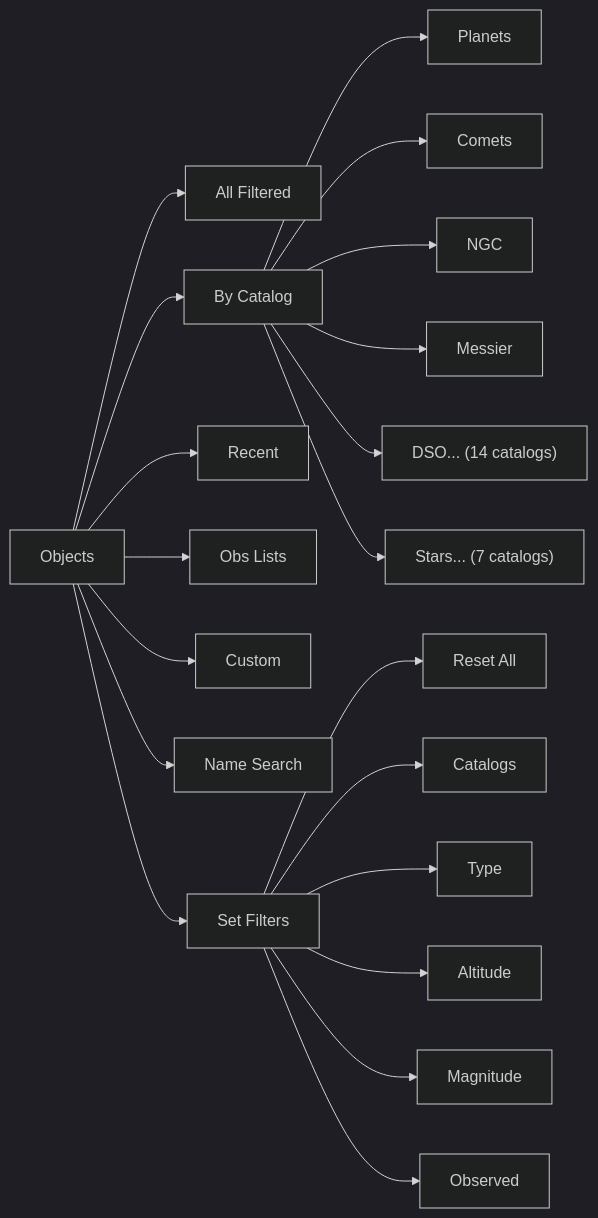
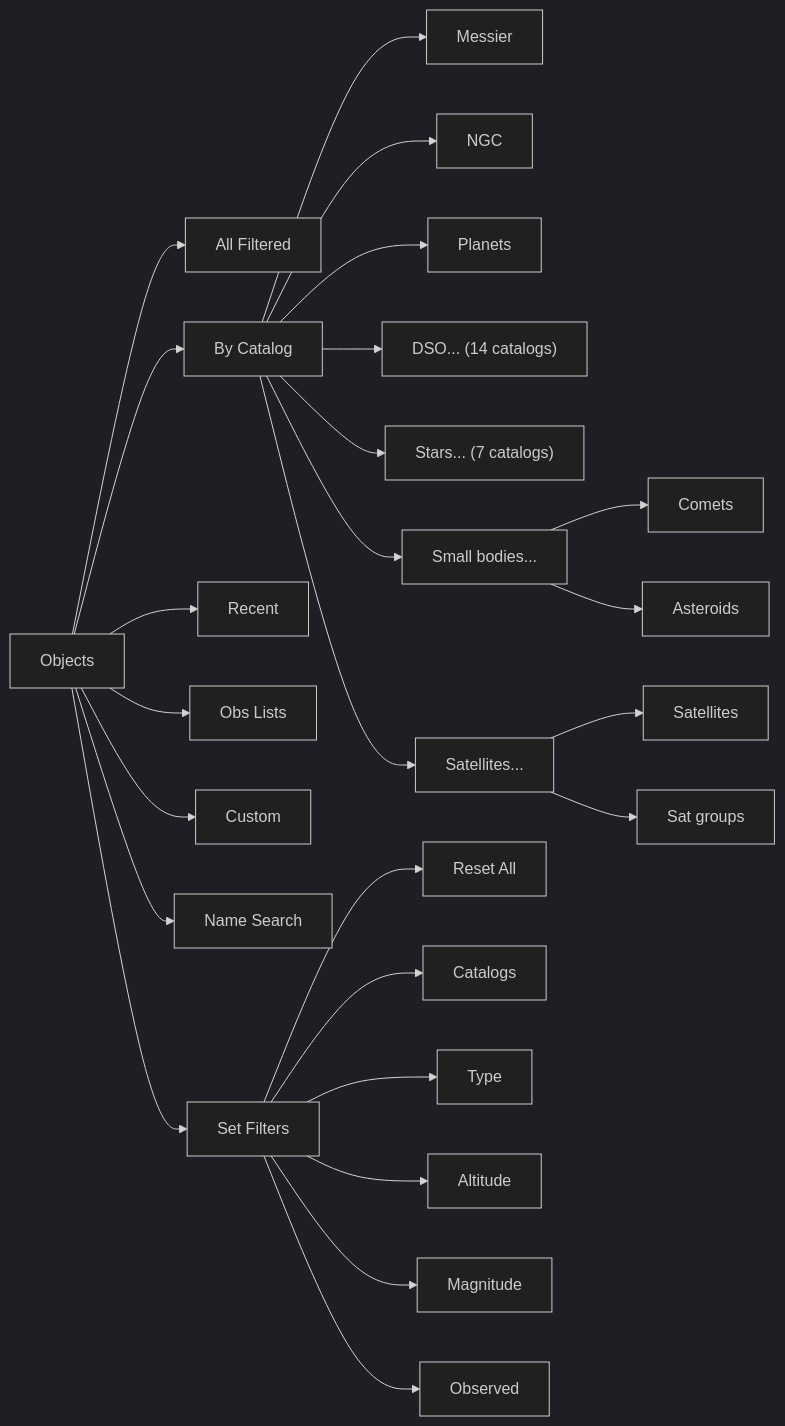
One commit to brickbots/PiFinder changed the third of 5 diagrams in docs/source/menu_map.rst. Above: the diagram before and after it, drawn with Mermaid (dark theme). The commit also changed other lines of this file and 11 other files, not shown here.

First line of the commit message:
feat(ui): add a Sat groups menu and reorder By Catalog

```diff
--- a/docs/source/menu_map.rst
+++ b/docs/source/menu_map.rst
@@ -90,22 +90,27 @@
 .. mermaid::
 
    flowchart LR
        Objects --> AF["All Filtered"]
        Objects --> BC["By Catalog"]
        Objects --> Recent
        Objects --> OL["Obs Lists"]
        Objects --> Custom
        Objects --> NS["Name Search"]
        Objects --> SF["Set Filters"]
+       BC --> Messier
+       BC --> NGC
        BC --> Planets
-       BC --> Comets
-       BC --> NGC
-       BC --> Messier
        BC --> DSO["DSO... (14 catalogs)"]
        BC --> Stars["Stars... (7 catalogs)"]
+       BC --> SB["Small bodies..."]
+       BC --> SAT["Satellites..."]
+       SB --> Comets
+       SB --> Asteroids
+       SAT --> Satellites
+       SAT --> SG["Sat groups"]
        SF --> RA["Reset All"]
        SF --> Cat["Catalogs"]
        SF --> Type
        SF --> Alt["Altitude"]
        SF --> Mag["Magnitude"]
        SF --> Obs["Observed"]
```
